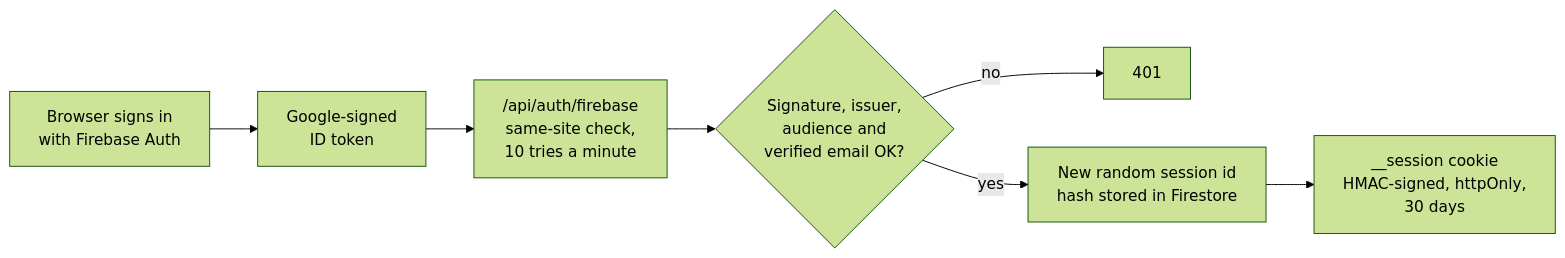
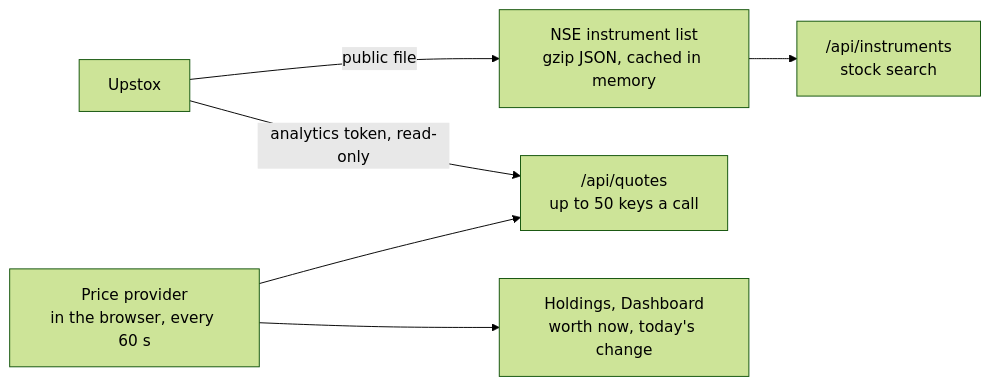
Diagram 11 of 13 in README.md (Gokulakrishnxn/Finlioo), drawn with Mermaid (forest theme) before and after one commit. The commit also changed other lines of this file, not shown here.

First line of the commit message:
docs: expand the README into a full system architecture

````diff
--- a/README.md
+++ b/README.md
@@ -171,9 +481,14 @@
 ```mermaid
 flowchart LR
-    A["Browser signs in<br/>with Firebase Auth"] --> B["Google-signed<br/>ID token"]
-    B --> C["/api/auth/firebase<br/>same-site check,<br/>10 tries a minute"]
-    C --> D{"Signature, issuer,<br/>audience and<br/>verified email OK?"}
-    D -- "no" --> X["401"]
-    D -- "yes" --> E["New random session id<br/>hash stored in Firestore"]
-    E --> F["__session cookie<br/>HMAC-signed, httpOnly,<br/>30 days"]
+    Upstox["Upstox"]
+    List["NSE instrument list<br/>gzip JSON, cached in memory"]
+    Search["/api/instruments<br/>stock search"]
+    Quotes["/api/quotes<br/>up to 50 keys a call"]
+    Provider["Price provider<br/>in the browser, every 60 s"]
+    Views["Holdings, Dashboard<br/>worth now, today's change"]
+
+    Upstox -- "public file" --> List --> Search
+    Upstox -- "analytics token, read-only" --> Quotes
+    Provider --> Quotes
+    Provider --> Views
 ```
````
